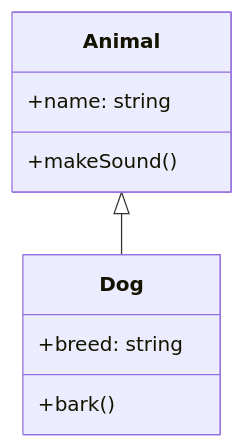
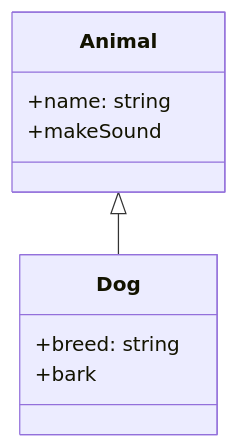
The fourth of 6 diagrams in docs/DIAGRAM_STANDARDS.md (semops-ai/semops-publisher), drawn with Mermaid before and after one commit. The commit also changed other lines of this file and 74 other files, not shown here.

````diff
--- a/docs/DIAGRAM_STANDARDS.md
+++ b/docs/DIAGRAM_STANDARDS.md
@@ -147,12 +147,12 @@
 ```mermaid
 classDiagram
-    class Animal {
-        +name: string
-        +makeSound()
-    }
-    class Dog {
-        +breed: string
-        +bark()
-    }
-    Animal <|-- Dog
+ class Animal {
+ +name: string
+ +makeSound
+ }
+ class Dog {
+ +breed: string
+ +bark
+ }
+ Animal <|-- Dog
 ```
````
